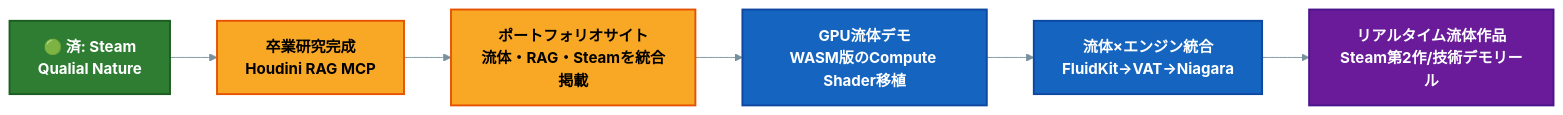
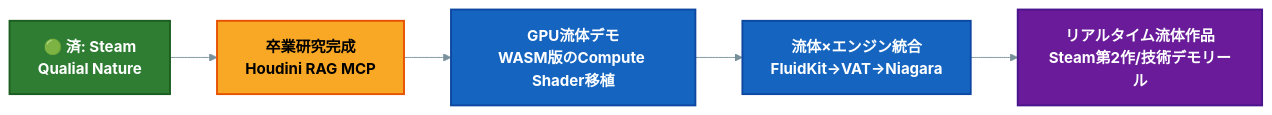
One commit to manato1201/manato1201 changed diagram 14 of 14 in README.md. Above: the diagram before and after it, drawn with Mermaid. The commit also changed other lines of this file, not shown here.

Commit message:
Update roadmap and badge descriptions in README

````diff
--- a/README.md
+++ b/README.md
@@ -429,14 +501,13 @@
 ```mermaid
 %%{init: {'themeVariables': {'primaryColor':'#37474f','primaryTextColor':'#ffffff','primaryBorderColor':'#263238','lineColor':'#78909c','fontSize':'16px'}}}%%
 flowchart LR
     G0[🟢 済: Steam<br>Qualial Nature]:::done --> G1[卒業研究完成<br>Houdini RAG MCP]:::review
-    G1 --> G2[ポートフォリオサイト<br>流体・RAG・Steamを統合掲載]:::review
-    G2 --> G3[GPU流体デモ<br>WASM版のCompute Shader移植]:::next
-    G3 --> G4[流体×エンジン統合<br>FluidKit→VAT→Niagara]:::next
-    G4 --> G5[リアルタイム流体作品<br>Steam第2作/技術デモリール]:::adv
+    G1 --> G2[GPU流体デモ<br>WASM版のCompute Shader移植]:::next
+    G2 --> G3[流体×エンジン統合<br>FluidKit→VAT→Niagara]:::next
+    G3 --> G4[リアルタイム流体作品<br>Steam第2作/技術デモリール]:::adv
 
     classDef done fill:#2e7d32,stroke:#1b5e20,stroke-width:2px,color:#ffffff,font-weight:bold
     classDef review fill:#f9a825,stroke:#e65100,stroke-width:2px,color:#000000,font-weight:bold
     classDef next fill:#1565c0,stroke:#0d47a1,stroke-width:2px,color:#ffffff,font-weight:bold
     classDef adv fill:#6a1b9a,stroke:#4a148c,stroke-width:2px,color:#ffffff,font-weight:bold
 ```
````
